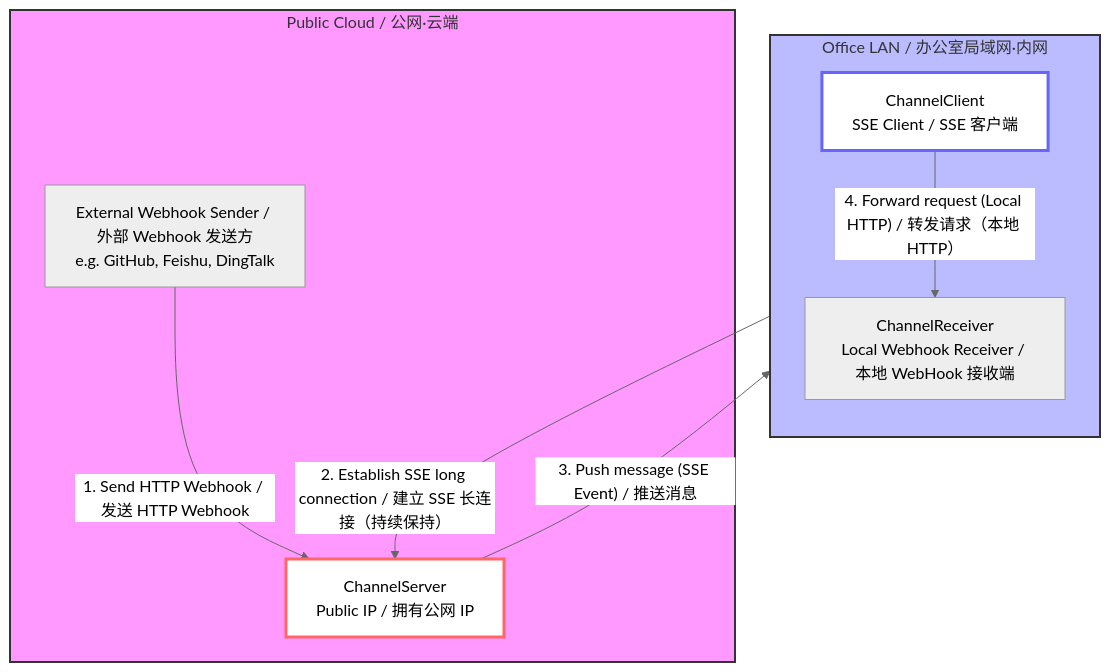
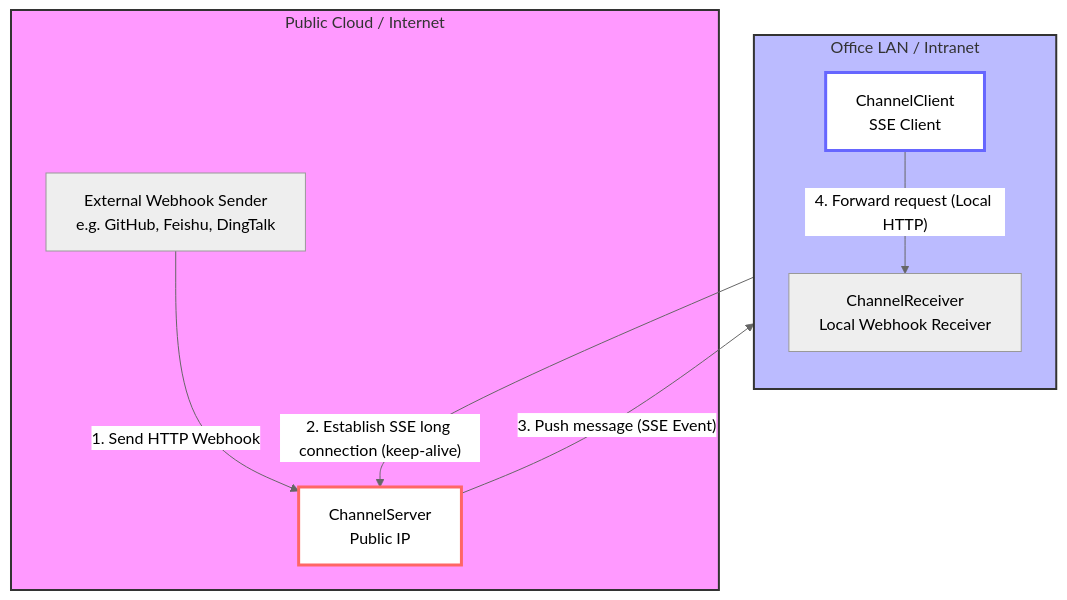
Before and after one commit to liuxuejin008/linkedbot: the third of 4 diagrams in PRD.md, drawn with Mermaid (neutral theme). The commit also changed other lines of this file and 6 other files, not shown here.

````diff
--- a/PRD.md
+++ b/PRD.md
@@ -152,23 +139,23 @@
 ```mermaid
 graph TD
-    subgraph Public_Internet ["Public Cloud / 公网·云端"]
-        Sender["External Webhook Sender / 外部 Webhook 发送方<br/>e.g. GitHub, Feishu, DingTalk"]
-        Server["ChannelServer<br/>Public IP / 拥有公网 IP"]
+    subgraph Public_Internet ["Public Cloud / Internet"]
+        Sender["External Webhook Sender<br/>e.g. GitHub, Feishu, DingTalk"]
+        Server["ChannelServer<br/>Public IP"]
     end
 
-    subgraph Office_Internal_Network ["Office LAN / 办公室局域网·内网"]
+    subgraph Office_Internal_Network ["Office LAN / Intranet"]
         direction TB
-        Client["ChannelClient<br/>SSE Client / SSE 客户端"]
-        Receiver["ChannelReceiver<br/>Local Webhook Receiver / 本地 WebHook 接收端"]
+        Client["ChannelClient<br/>SSE Client"]
+        Receiver["ChannelReceiver<br/>Local Webhook Receiver"]
     end
 
-    Sender -- "1. Send HTTP Webhook / 发送 HTTP Webhook" --> Server
-    Client -- "2. Establish SSE long connection / 建立 SSE 长连接（持续保持）" --> Server
-    Server -- "3. Push message (SSE Event) / 推送消息" --> Client
-    Client -- "4. Forward request (Local HTTP) / 转发请求（本地 HTTP）" --> Receiver
+    Sender -- "1. Send HTTP Webhook" --> Server
+    Client -- "2. Establish SSE long connection (keep-alive)" --> Server
+    Server -- "3. Push message (SSE Event)" --> Client
+    Client -- "4. Forward request (Local HTTP)" --> Receiver
 
     style Public_Internet fill:#f9f,stroke:#333,stroke-width:2px
     style Office_Internal_Network fill:#bbf,stroke:#333,stroke-width:2px
     style Server fill:#fff,stroke:#f66,stroke-width:3px
     style Client fill:#fff,stroke:#66f,stroke-width:3px
 ```
````
